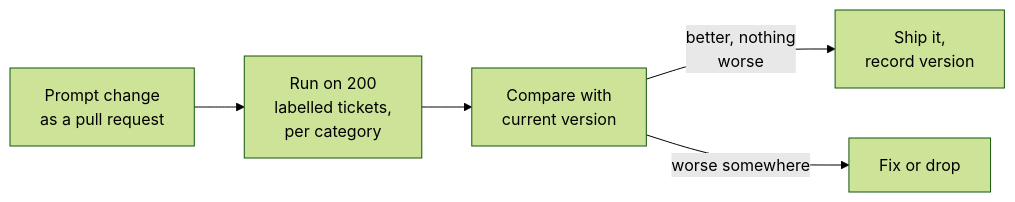
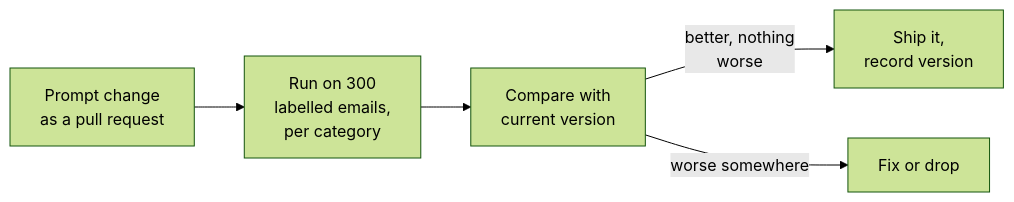
Before and after one commit to shubamchaudhary/CodeNITW: the eighth of 8 diagrams in src/Data/aiStackDocs/CH-01.md, drawn with Mermaid (forest theme). The commit also changed other lines of this file and 32 other files, not shown here.

````diff
--- a/src/Data/aiStackDocs/CH-01.md
+++ b/src/Data/aiStackDocs/CH-01.md
@@ -266,7 +268,7 @@
 ```mermaid
 flowchart LR
-    CH["Prompt change<br/>as a pull request"] --> TS["Run on 200<br/>labelled tickets,<br/>per category"]
+    CH["Prompt change<br/>as a pull request"] --> TS["Run on 300<br/>labelled emails,<br/>per category"]
     TS --> CMP["Compare with<br/>current version"]
     CMP -->|"better, nothing<br/>worse"| SHIP["Ship it,<br/>record version"]
     CMP -->|"worse somewhere"| FIX["Fix or drop"]
 ```
````
